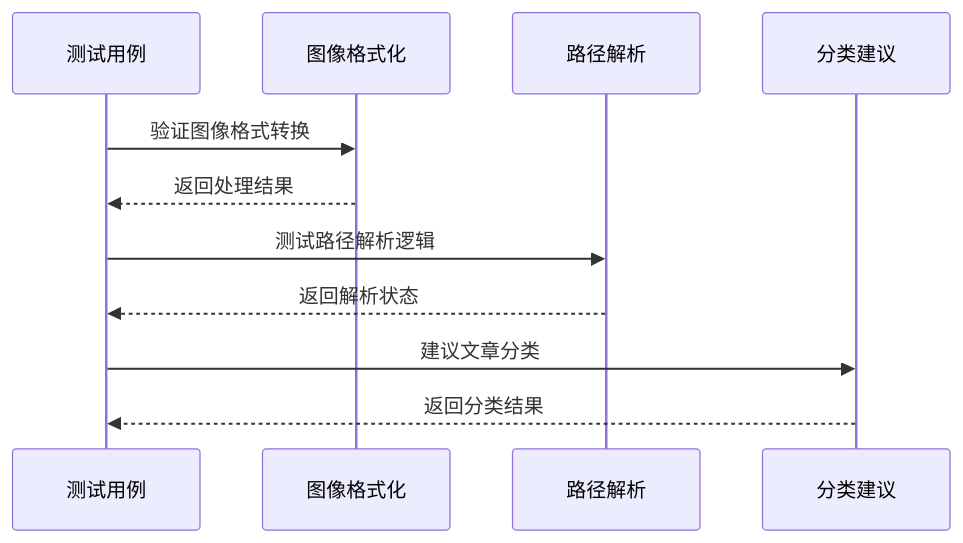
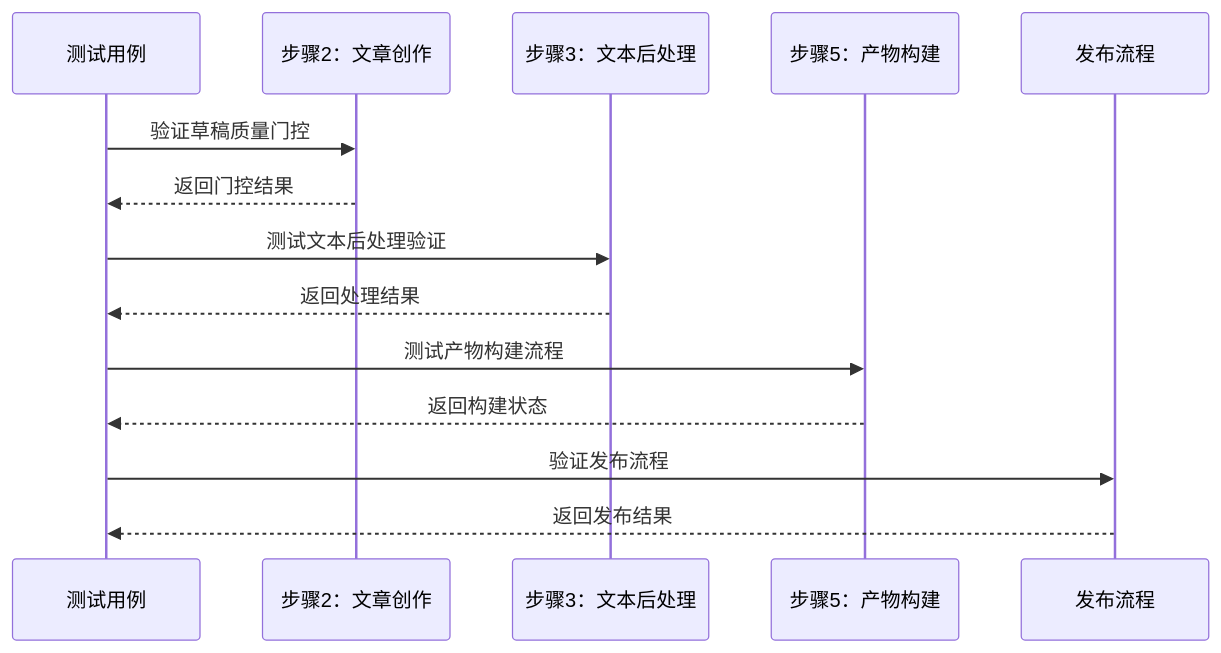
Before and after one commit to NTLx/ntlx.github.io: the second of 12 diagrams in .qoder/repowiki/zh/content/AI 技能系统/发布自动化技能/微信文章写作管线/测试套件.md, drawn with Mermaid. The commit also changed other lines of this file and 10 other files, not shown here.

````diff
--- a/.qoder/repowiki/zh/content/AI 技能系统/发布自动化技能/微信文章写作管线/测试套件.md
+++ b/.qoder/repowiki/zh/content/AI 技能系统/发布自动化技能/微信文章写作管线/测试套件.md
@@ -76,13 +91,16 @@
 ```mermaid
 sequenceDiagram
 participant Test as 测试用例
-participant Normalize as 图像格式化
-participant Path as 路径解析
-participant Category as 分类建议
-Test->>Normalize : 验证图像格式转换
-Normalize-->>Test : 返回处理结果
-Test->>Path : 测试路径解析逻辑
-Path-->>Test : 返回解析状态
-Test->>Category : 建议文章分类
-Category-->>Test : 返回分类结果
+participant Step2 as 步骤2：文章创作
+participant Step3 as 步骤3：文本后处理
+participant Step5 as 步骤5：产物构建
+participant Publish as 发布流程
+Test->>Step2 : 验证草稿质量门控
+Step2-->>Test : 返回门控结果
+Test->>Step3 : 测试文本后处理验证
+Step3-->>Test : 返回处理结果
+Test->>Step5 : 测试产物构建流程
+Step5-->>Test : 返回构建状态
+Test->>Publish : 验证发布流程
+Publish-->>Test : 返回发布结果
 ```
````
